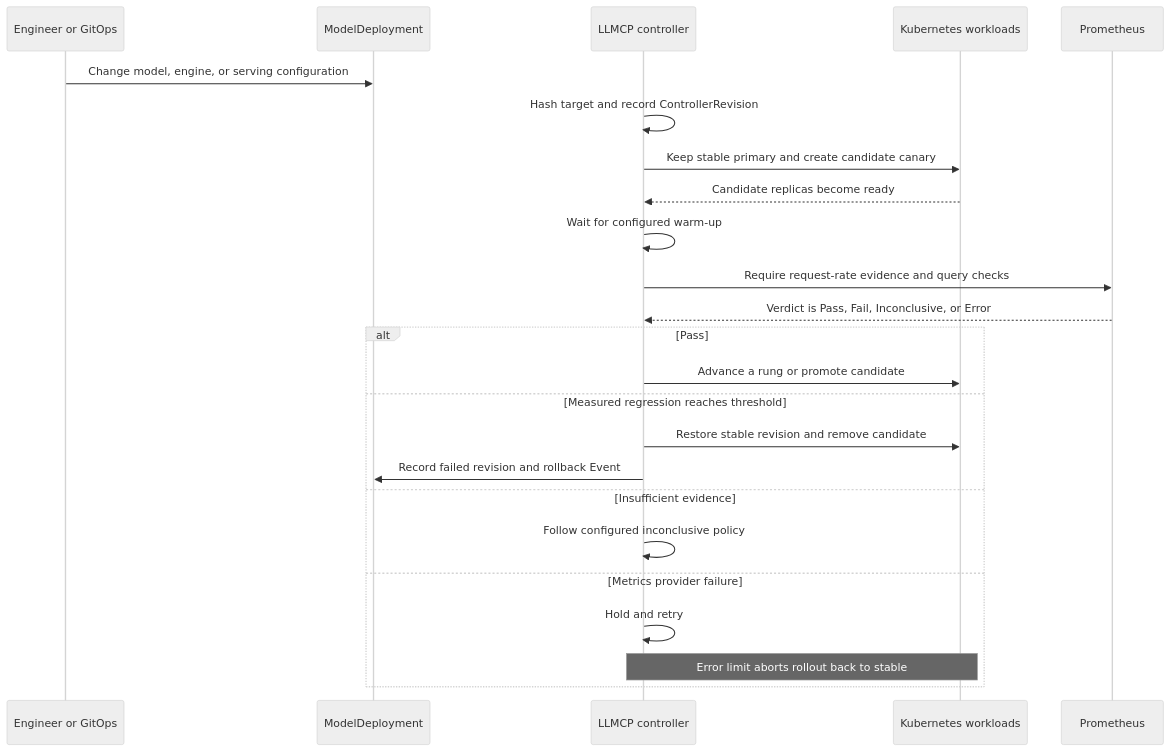
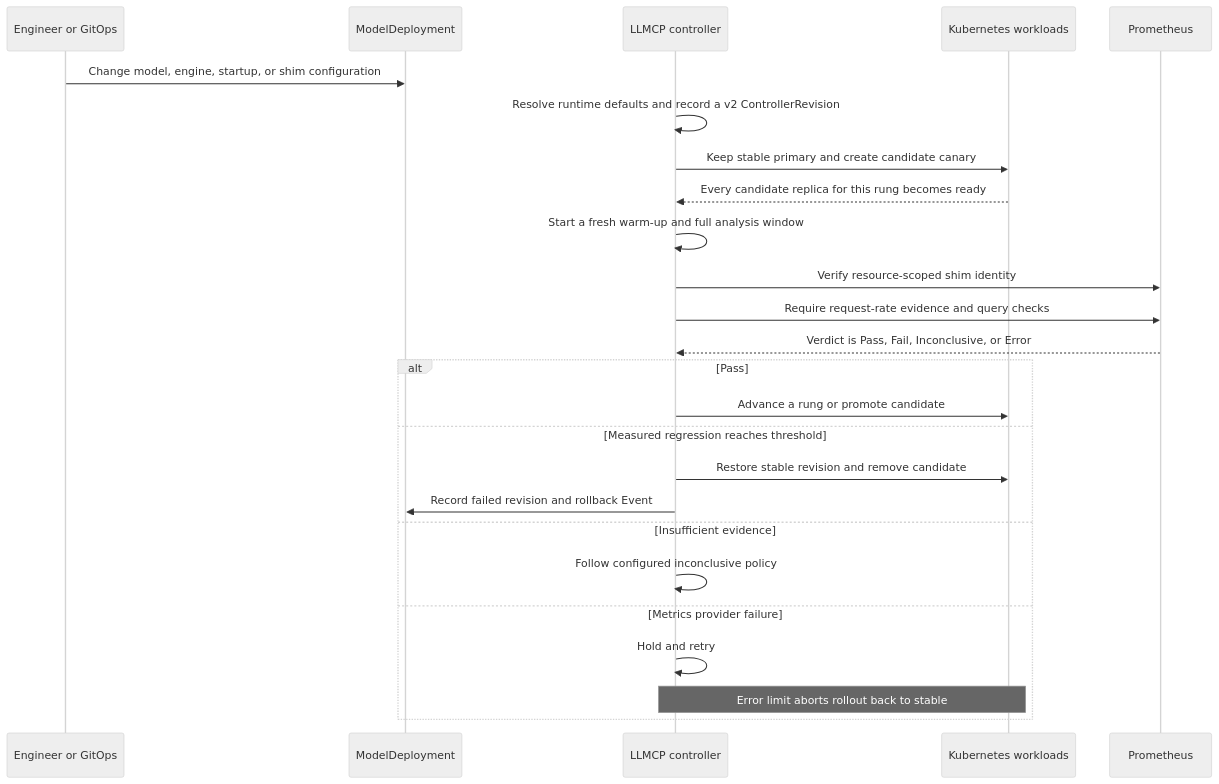
One commit to surajm20061998/LLM_Inference_Control_Plane changed the third of 8 diagrams in README.md. Above: the diagram before and after it, drawn with Mermaid (neutral theme). The commit also changed other lines of this file and 94 other files, not shown here.

````diff
--- a/README.md
+++ b/README.md
@@ -117,27 +118,28 @@
 ```mermaid
 sequenceDiagram
     participant User as Engineer or GitOps
     participant API as ModelDeployment
     participant C as LLMCP controller
     participant K as Kubernetes workloads
     participant P as Prometheus
 
-    User->>API: Change model, engine, or serving configuration
-    C->>C: Hash target and record ControllerRevision
+    User->>API: Change model, engine, startup, or shim configuration
+    C->>C: Resolve runtime defaults and record a v2 ControllerRevision
     C->>K: Keep stable primary and create candidate canary
-    K-->>C: Candidate replicas become ready
-    C->>C: Wait for configured warm-up
+    K-->>C: Every candidate replica for this rung becomes ready
+    C->>C: Start a fresh warm-up and full analysis window
+    C->>P: Verify resource-scoped shim identity
     C->>P: Require request-rate evidence and query checks
     P-->>C: Verdict is Pass, Fail, Inconclusive, or Error
     alt Pass
         C->>K: Advance a rung or promote candidate
     else Measured regression reaches threshold
         C->>K: Restore stable revision and remove candidate
         C->>API: Record failed revision and rollback Event
     else Insufficient evidence
         C->>C: Follow configured inconclusive policy
     else Metrics provider failure
         C->>C: Hold and retry
         Note over C,K: Error limit aborts rollout back to stable
     end
 ```
````
